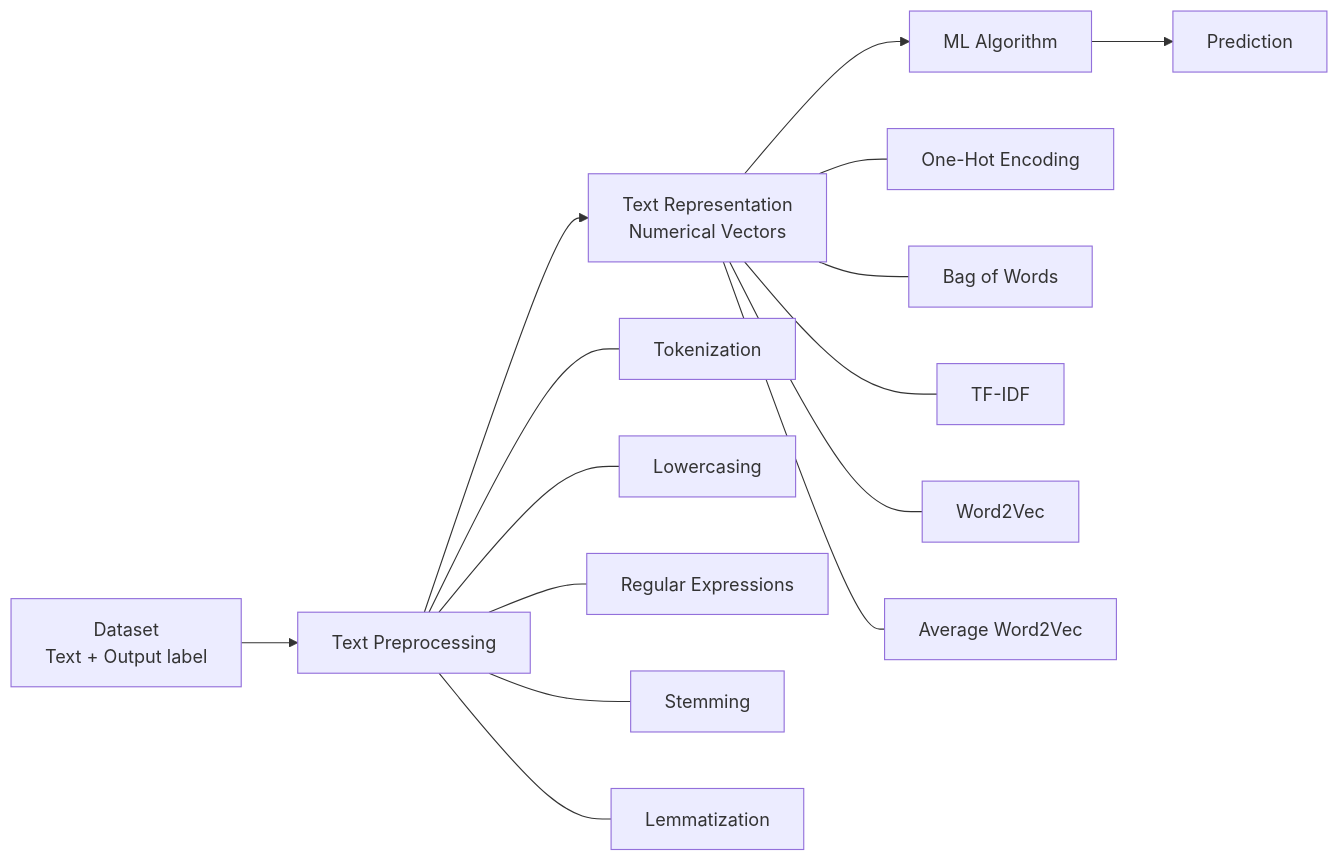
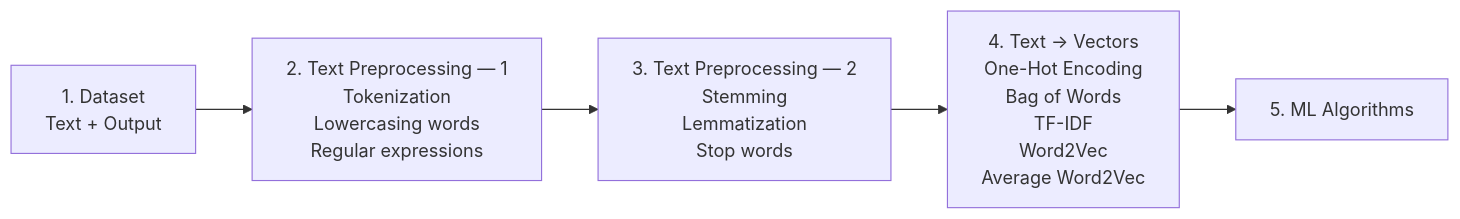
One commit to Debo12/genai_project changed the diagram in README.md. Above: the diagram before and after it, drawn with Mermaid. The commit also changed other lines of this file, not shown here.

Commit message:
readme updated

````diff
--- a/README.md
+++ b/README.md
@@ -7,19 +7,7 @@
 ```mermaid
 flowchart LR
-    A[Dataset<br/>Text + Output label] --> B[Text Preprocessing]
-    B --> C[Text Representation<br/>Numerical Vectors]
-    C --> D[ML Algorithm]
-    D --> E[Prediction]
-
-    B --- B1[Tokenization]
-    B --- B2[Lowercasing]
-    B --- B3[Regular Expressions]
-    B --- B4[Stemming]
-    B --- B5[Lemmatization]
-
-    C --- C1[One-Hot Encoding]
-    C --- C2[Bag of Words]
-    C --- C3[TF-IDF]
-    C --- C4[Word2Vec]
-    C --- C5[Average Word2Vec]
+    A[1. Dataset<br/>Text + Output] --> B[2. Text Preprocessing — 1<br/>Tokenization<br/>Lowercasing words<br/>Regular expressions]
+    B --> C[3. Text Preprocessing — 2<br/>Stemming<br/>Lemmatization<br/>Stop words]
+    C --> D[4. Text → Vectors<br/>One-Hot Encoding<br/>Bag of Words<br/>TF-IDF<br/>Word2Vec<br/>Average Word2Vec]
+    D --> E[5. ML Algorithms]
 ```
````
